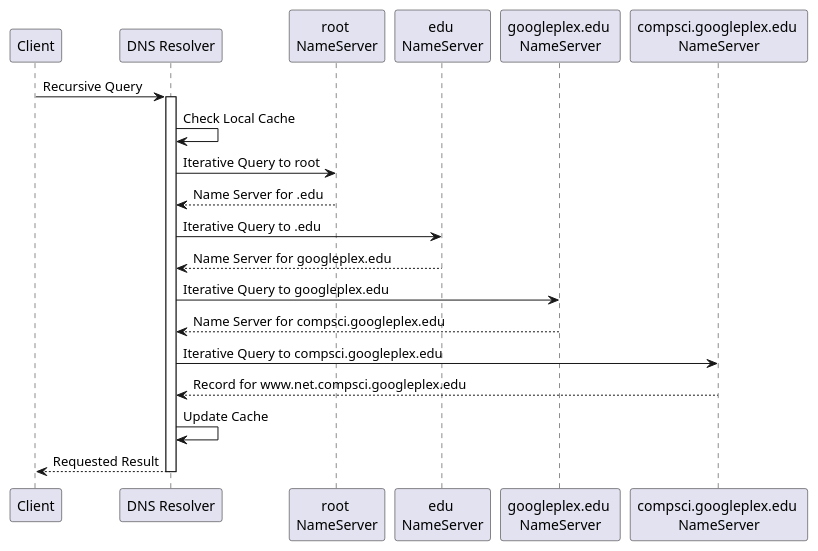
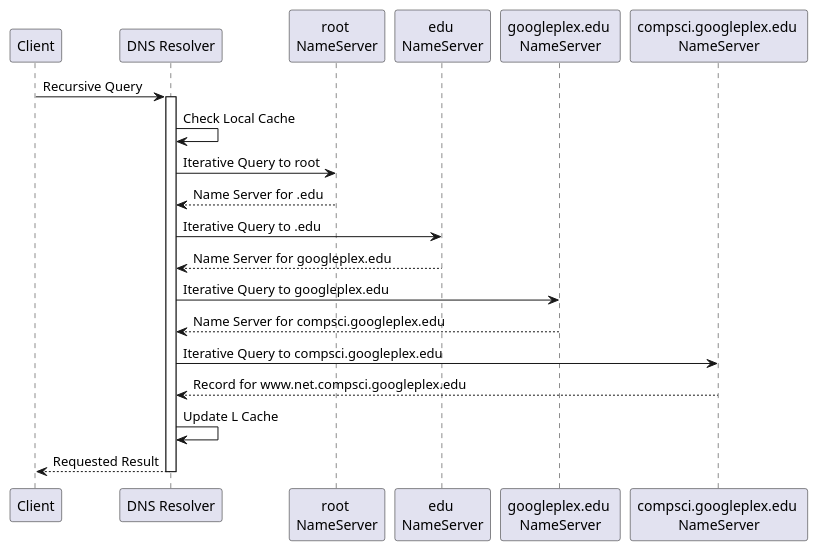
One commit to yidas/web-service-protocols changed the diagram in dns/resolution-process.plantuml. Above: the diagram before and after it, drawn with PlantUML.

```diff
--- a/dns/resolution-process.plantuml
+++ b/dns/resolution-process.plantuml
@@ -1,25 +1,25 @@
 @startuml
 participant "Client" as c
 participant "DNS Resolver" as resolver
 
 participant "root \nNameServer" as rns
 participant "edu \nNameServer" as tldns
 participant "googleplex.edu \nNameServer" as dns
 participant "compsci.googleplex.edu \nNameServer" as sns
 
 c->resolver: Recursive Query
 activate resolver
 resolver->resolver: Check Local Cache
 resolver->rns: Iterative Query to root
 rns-->resolver: Name Server for .edu
 resolver->tldns: Iterative Query to .edu
 tldns-->resolver: Name Server for googleplex.edu
 resolver->dns: Iterative Query to googleplex.edu
 dns-->resolver: Name Server for compsci.googleplex.edu
 resolver->sns: Iterative Query to compsci.googleplex.edu
 sns-->resolver: Record for www.net.compsci.googleplex.edu
-resolver->resolver: Update Cache
+resolver->resolver: Update L Cache
 resolver-->c: Requested Result
 deactivate resolver
 
 @enduml
```
